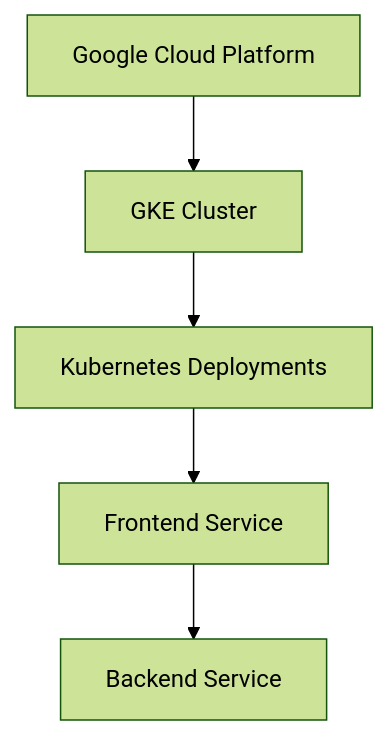
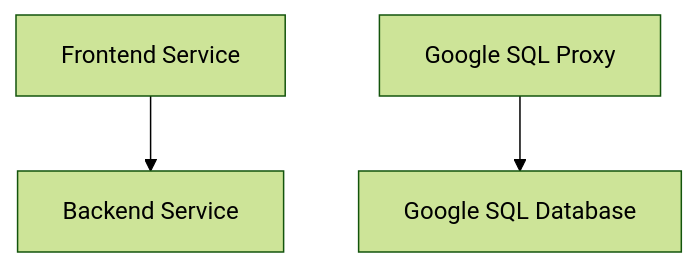
Before and after one commit to Hacka25/webapp: the third of 8 diagrams in README.md, drawn with Mermaid (forest theme). The commit also changed other lines of this file, not shown here.

Commit message:
[skip-autodocs] Update README and architecture diagram

````diff
--- a/README.md
+++ b/README.md
@@ -114,8 +71,5 @@
 ```mermaid
 graph TD
-  A[Google Cloud Platform]
-  --> B[GKE Cluster]
-    --> C[Kubernetes Deployments]
-      --> D[Frontend Service]
-      --> E[Backend Service]
+    A[Frontend Service] --> B[Backend Service]
+    C[Google SQL Proxy] --> D[Google SQL Database]
 ```
````
